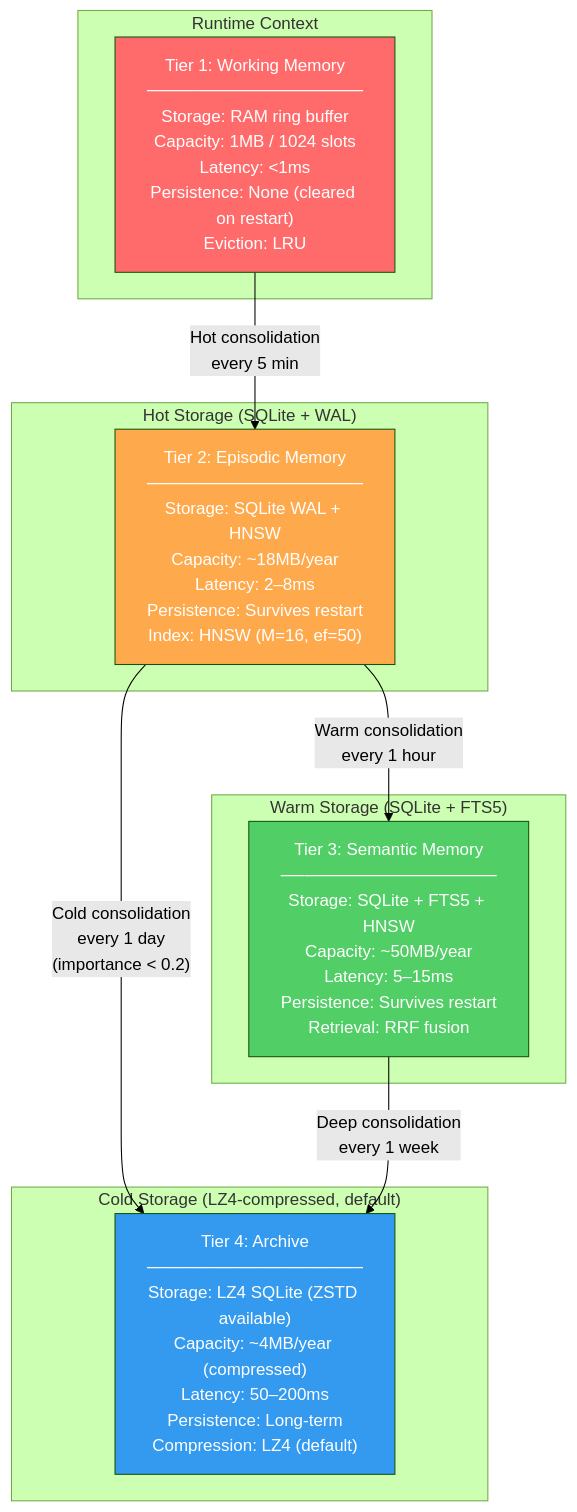
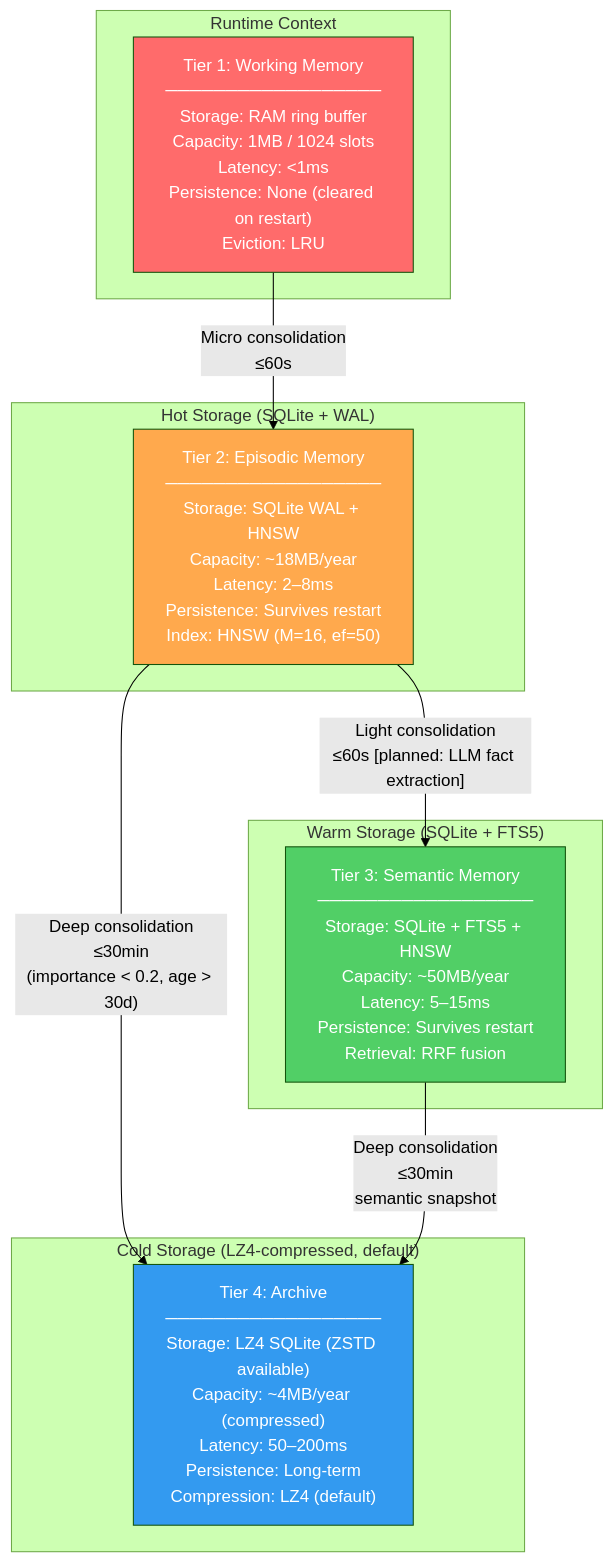
One commit to AdityaPagare619/aura changed the first of 3 diagrams in docs/architecture/AURA-V4-MEMORY-AND-DATA-ARCHITECTURE.md. Above: the diagram before and after it, drawn with Mermaid (forest theme). The commit also changed other lines of this file, not shown here.

Commit message:
docs(memory): reconcile consolidation tier naming with implementation

````diff
--- a/docs/architecture/AURA-V4-MEMORY-AND-DATA-ARCHITECTURE.md
+++ b/docs/architecture/AURA-V4-MEMORY-AND-DATA-ARCHITECTURE.md
@@ -100,28 +100,28 @@
 ```mermaid
 graph TD
     subgraph Runtime["Runtime Context"]
         WM["Tier 1: Working Memory\n──────────────────\nStorage: RAM ring buffer\nCapacity: 1MB / 1024 slots\nLatency: &lt;1ms\nPersistence: None (cleared on restart)\nEviction: LRU"]
     end
 
     subgraph HotStorage["Hot Storage (SQLite + WAL)"]
         EM["Tier 2: Episodic Memory\n──────────────────\nStorage: SQLite WAL + HNSW\nCapacity: ~18MB/year\nLatency: 2–8ms\nPersistence: Survives restart\nIndex: HNSW (M=16, ef=50)"]
     end
 
     subgraph WarmStorage["Warm Storage (SQLite + FTS5)"]
         SM["Tier 3: Semantic Memory\n──────────────────\nStorage: SQLite + FTS5 + HNSW\nCapacity: ~50MB/year\nLatency: 5–15ms\nPersistence: Survives restart\nRetrieval: RRF fusion"]
     end
 
     subgraph ColdStorage["Cold Storage (LZ4-compressed, default)"]
         AR["Tier 4: Archive\n──────────────────\nStorage: LZ4 SQLite (ZSTD available)\nCapacity: ~4MB/year (compressed)\nLatency: 50–200ms\nPersistence: Long-term\nCompression: LZ4 (default)"]
     end
 
-    WM -->|"Hot consolidation\nevery 5 min"| EM
-    EM -->|"Warm consolidation\nevery 1 hour"| SM
-    EM -->|"Cold consolidation\nevery 1 day\n(importance < 0.2)"| AR
-    SM -->|"Deep consolidation\nevery 1 week"| AR
+    WM -->|"Micro consolidation\n≤60s"| EM
+    EM -->|"Light consolidation\n≤60s [planned: LLM fact extraction]"| SM
+    EM -->|"Deep consolidation\n≤30min\n(importance < 0.2, age > 30d)"| AR
+    SM -->|"Deep consolidation\n≤30min\nsemantic snapshot"| AR
 
     style WM fill:#ff6b6b,color:#fff
     style EM fill:#ffa94d,color:#fff
     style SM fill:#51cf66,color:#fff
     style AR fill:#339af0,color:#fff
 ```
````
